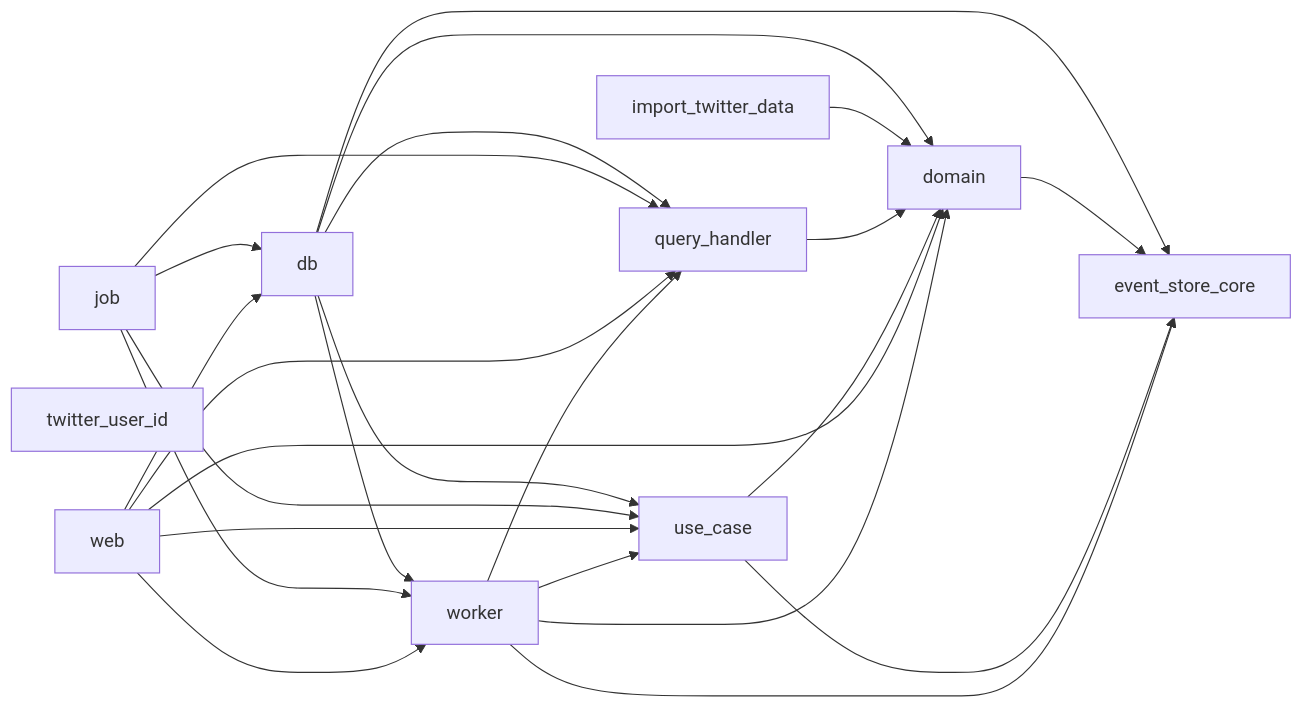
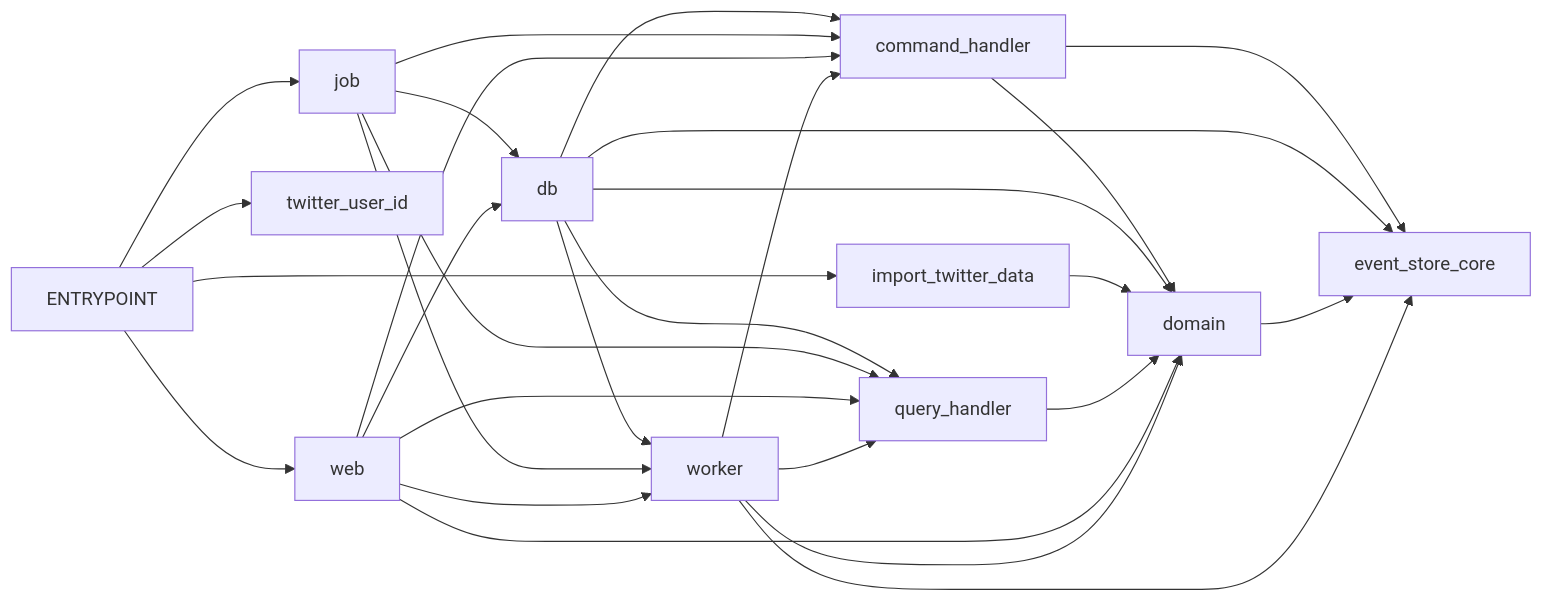
Before and after one commit to bouzuya/rust-sandbox: the diagram in twiq/docs/2022-11-30-crate-deps.md, drawn with Mermaid. The commit also changed other lines of this file, not shown here.

Commit message:
twiq: Update 2022-11-30-crate-deps

````diff
--- a/twiq/docs/2022-11-30-crate-deps.md
+++ b/twiq/docs/2022-11-30-crate-deps.md
@@ -3,37 +3,41 @@
 ```mermaid
 graph LR
+  command_handler
   db
   domain
   event_store_core
   import_twitter_data
   job
   query_handler
   twitter_user_id
-  use_case
   web
   worker
 
+  ENTRYPOINT --> import_twitter_data
+  ENTRYPOINT --> job
+  ENTRYPOINT --> twitter_user_id
+  ENTRYPOINT --> web
+  command_handler --> domain
+  command_handler --> event_store_core
+  db --> command_handler
   db --> domain
   db --> event_store_core
   db --> query_handler
-  db --> use_case
   db --> worker
   domain --> event_store_core
   import_twitter_data --> domain
+  job --> command_handler
   job --> db
   job --> query_handler
-  job --> use_case
   job --> worker
   query_handler --> domain
-  use_case --> domain
-  use_case --> event_store_core
+  web --> command_handler
   web --> db
   web --> domain
   web --> query_handler
-  web --> use_case
   web --> worker
+  worker --> command_handler
   worker --> domain
   worker --> event_store_core
   worker --> query_handler
-  worker --> use_case
 ```
````
